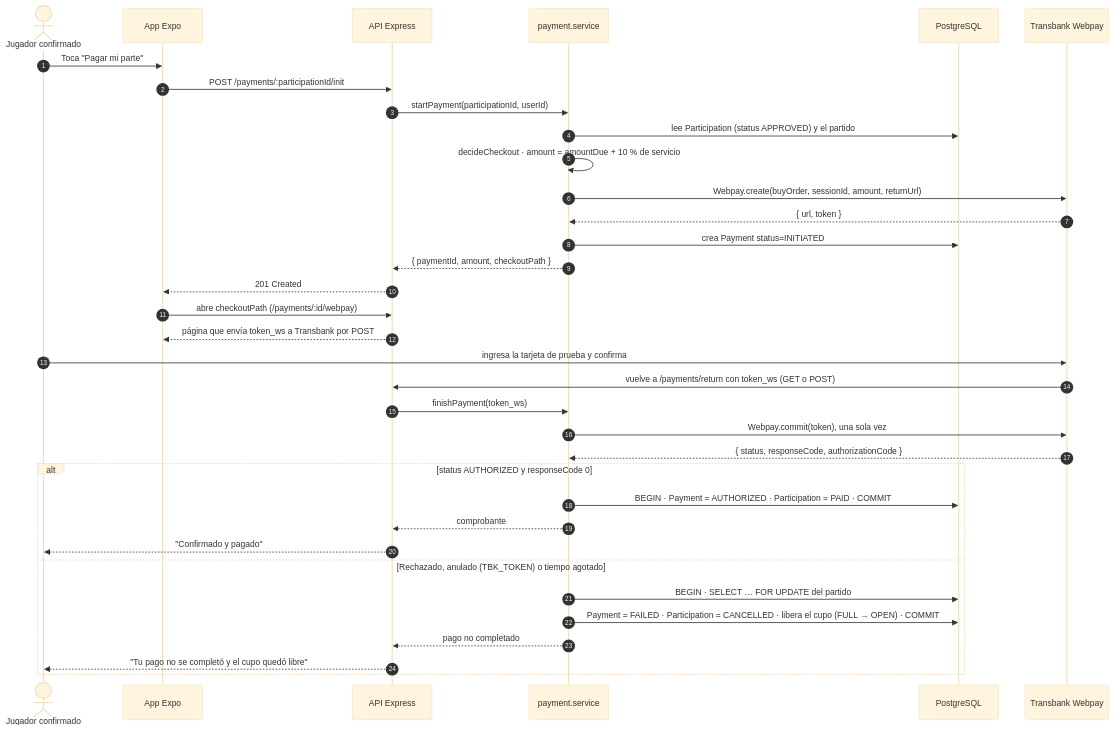
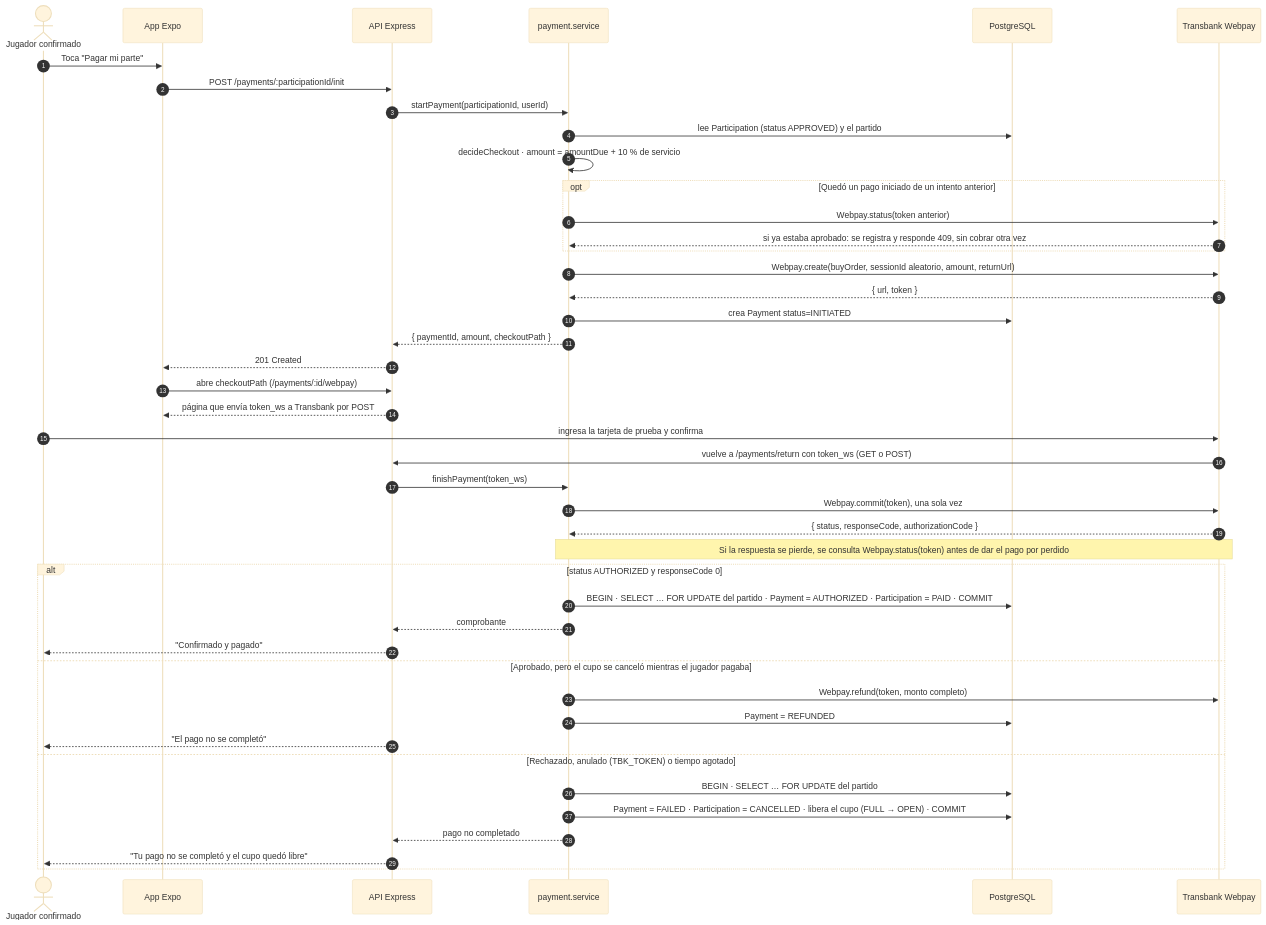
Before and after one commit to avenaaaa/KANCHA: the diagram in fase-2-desarrollo/docs/diagramas/secuencia-pago-fraccionado.mmd, drawn with Mermaid (base theme). The commit also changed 21 other files, not shown here.

```diff
--- a/fase-2-desarrollo/docs/diagramas/secuencia-pago-fraccionado.mmd
+++ b/fase-2-desarrollo/docs/diagramas/secuencia-pago-fraccionado.mmd
@@ -1,38 +1,47 @@
 sequenceDiagram
     autonumber
     actor J as Jugador confirmado
     participant APP as App Expo
     participant API as API Express
     participant PAY as payment.service
     participant DB as PostgreSQL
     participant TBK as Transbank Webpay
 
     J->>APP: Toca "Pagar mi parte"
     APP->>API: POST /payments/:participationId/init
     API->>PAY: startPayment(participationId, userId)
     PAY->>DB: lee Participation (status APPROVED) y el partido
     PAY->>PAY: decideCheckout · amount = amountDue + 10 % de servicio
-    PAY->>TBK: Webpay.create(buyOrder, sessionId, amount, returnUrl)
+    opt Quedó un pago iniciado de un intento anterior
+        PAY->>TBK: Webpay.status(token anterior)
+        TBK-->>PAY: si ya estaba aprobado: se registra y responde 409, sin cobrar otra vez
+    end
+    PAY->>TBK: Webpay.create(buyOrder, sessionId aleatorio, amount, returnUrl)
     TBK-->>PAY: { url, token }
     PAY->>DB: crea Payment status=INITIATED
     PAY-->>API: { paymentId, amount, checkoutPath }
     API-->>APP: 201 Created
     APP->>API: abre checkoutPath (/payments/:id/webpay)
     API-->>APP: página que envía token_ws a Transbank por POST
 
     J->>TBK: ingresa la tarjeta de prueba y confirma
     TBK->>API: vuelve a /payments/return con token_ws (GET o POST)
     API->>PAY: finishPayment(token_ws)
     PAY->>TBK: Webpay.commit(token), una sola vez
     TBK-->>PAY: { status, responseCode, authorizationCode }
+    Note over PAY,TBK: Si la respuesta se pierde, se consulta Webpay.status(token) antes de dar el pago por perdido
 
     alt status AUTHORIZED y responseCode 0
-        PAY->>DB: BEGIN · Payment = AUTHORIZED · Participation = PAID · COMMIT
+        PAY->>DB: BEGIN · SELECT … FOR UPDATE del partido · Payment = AUTHORIZED · Participation = PAID · COMMIT
         PAY-->>API: comprobante
         API-->>J: "Confirmado y pagado"
+    else Aprobado, pero el cupo se canceló mientras el jugador pagaba
+        PAY->>TBK: Webpay.refund(token, monto completo)
+        PAY->>DB: Payment = REFUNDED
+        API-->>J: "El pago no se completó"
     else Rechazado, anulado (TBK_TOKEN) o tiempo agotado
         PAY->>DB: BEGIN · SELECT … FOR UPDATE del partido
         PAY->>DB: Payment = FAILED · Participation = CANCELLED · libera el cupo (FULL → OPEN) · COMMIT
         PAY-->>API: pago no completado
         API-->>J: "Tu pago no se completó y el cupo quedó libre"
     end
```
